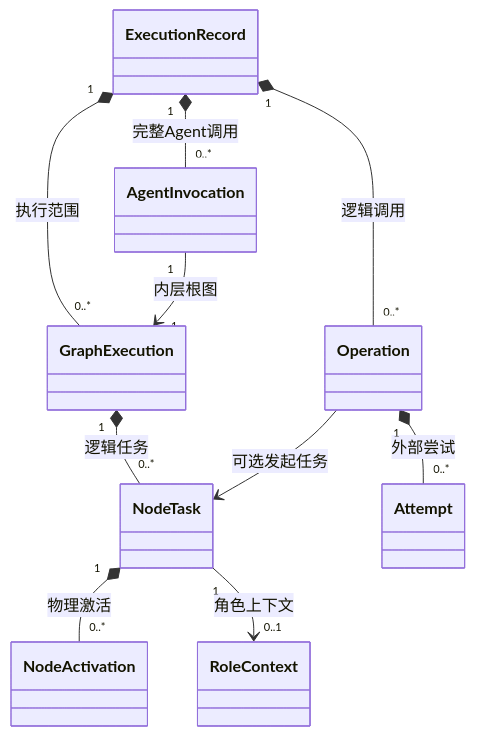
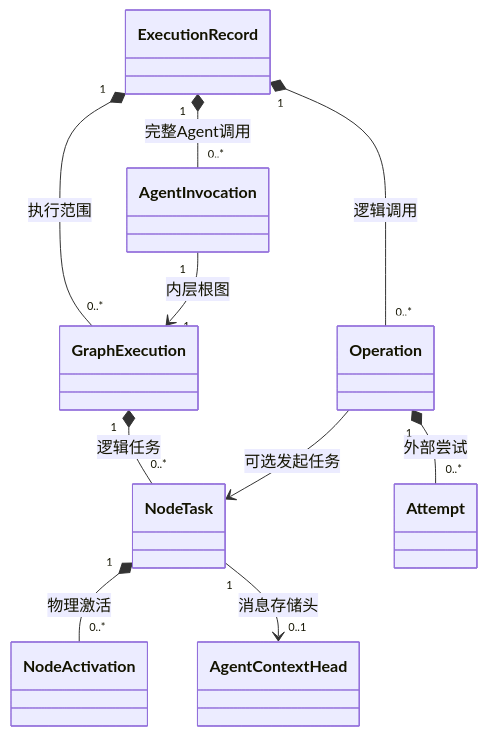
Before and after one commit to dujian0068/agent-loom: the third of 3 diagrams in docs/sdk/definitions.md, drawn with Mermaid. The commit also changed other lines of this file and 15 other files, not shown here.

````diff
--- a/docs/sdk/definitions.md
+++ b/docs/sdk/definitions.md
@@ -132,20 +146,20 @@
 ```mermaid
 classDiagram
     class ExecutionRecord
     class AgentInvocation
     class GraphExecution
     class NodeTask
     class NodeActivation
-    class RoleContext
+    class AgentContextHead
     class Operation
     class Attempt
     ExecutionRecord "1" *-- "0..*" AgentInvocation : 完整Agent调用
     ExecutionRecord "1" *-- "0..*" GraphExecution : 执行范围
     AgentInvocation "1" --> "1" GraphExecution : 内层根图
     GraphExecution "1" *-- "0..*" NodeTask : 逻辑任务
     NodeTask "1" *-- "0..*" NodeActivation : 物理激活
-    NodeTask "1" --> "0..1" RoleContext : 角色上下文
+    NodeTask "1" --> "0..1" AgentContextHead : 消息存储头
     ExecutionRecord "1" *-- "0..*" Operation : 逻辑调用
     Operation --> NodeTask : 可选发起任务
     Operation "1" *-- "0..*" Attempt : 外部尝试
 ```
````
